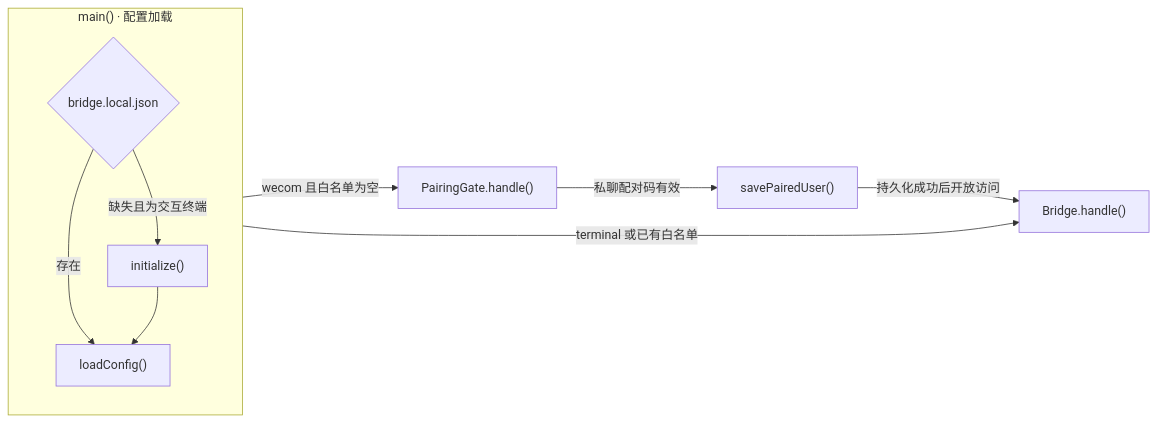
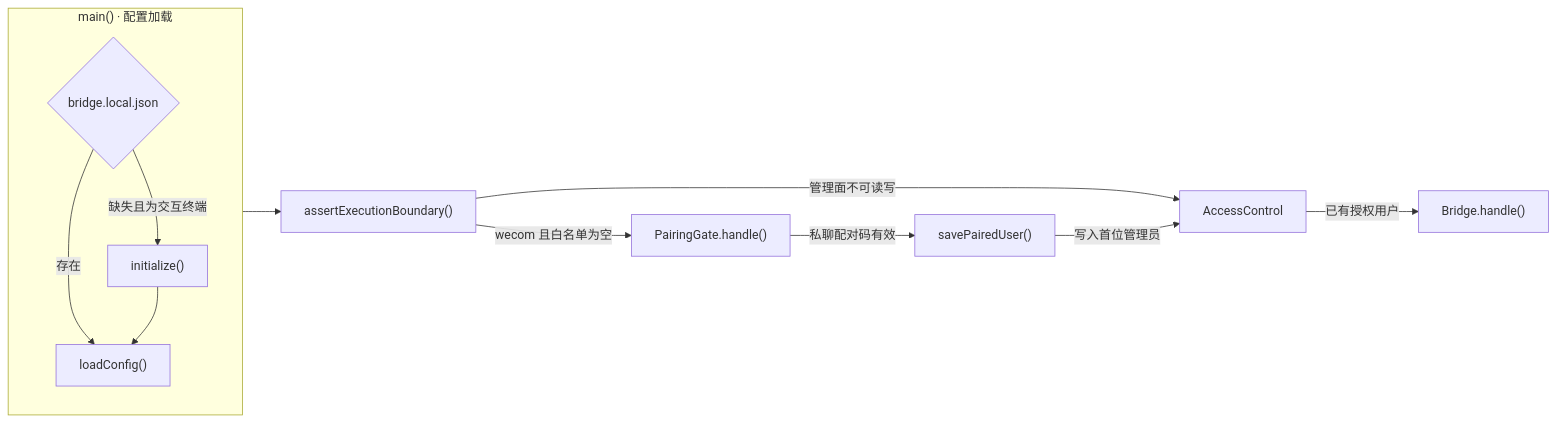
The fourth of 6 diagrams in knowledge/ai-workspace/issues/2026-10-17-agent-chat-bridge/PLAN.md (ZhuoZhuoCrayon/ai-workspace), drawn with Mermaid before and after one commit. The commit also changed other lines of this file, not shown here.

````diff
--- a/knowledge/ai-workspace/issues/2026-10-17-agent-chat-bridge/PLAN.md
+++ b/knowledge/ai-workspace/issues/2026-10-17-agent-chat-bridge/PLAN.md
@@ -169,14 +173,16 @@
 ```mermaid
 flowchart LR
     subgraph Startup["main() · 配置加载"]
         direction TB
         Config{"bridge.local.json"}
         Config -->|"存在"| Load["loadConfig()"]
         Config -->|"缺失且为交互终端"| Init["initialize()"]
         Init --> Load
     end
-    Load -->|"terminal 或已有白名单"| Handle["Bridge.handle()"]
-    Load -->|"wecom 且白名单为空"| Pair["PairingGate.handle()"]
+    Load --> Boundary["assertExecutionBoundary()"]
+    Boundary -->|"管理面不可读写"| ACL["AccessControl"]
+    ACL -->|"已有授权用户"| Handle["Bridge.handle()"]
+    Boundary -->|"wecom 且白名单为空"| Pair["PairingGate.handle()"]
     Pair -->|"私聊配对码有效"| Save["savePairedUser()"]
-    Save -->|"持久化成功后开放访问"| Handle
+    Save -->|"写入首位管理员"| ACL
 ```
````
